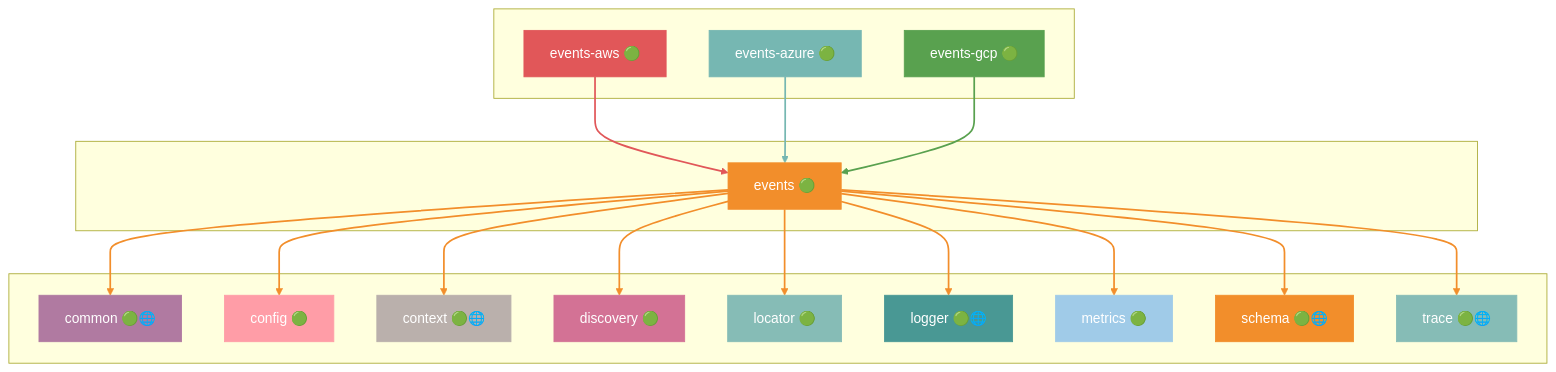
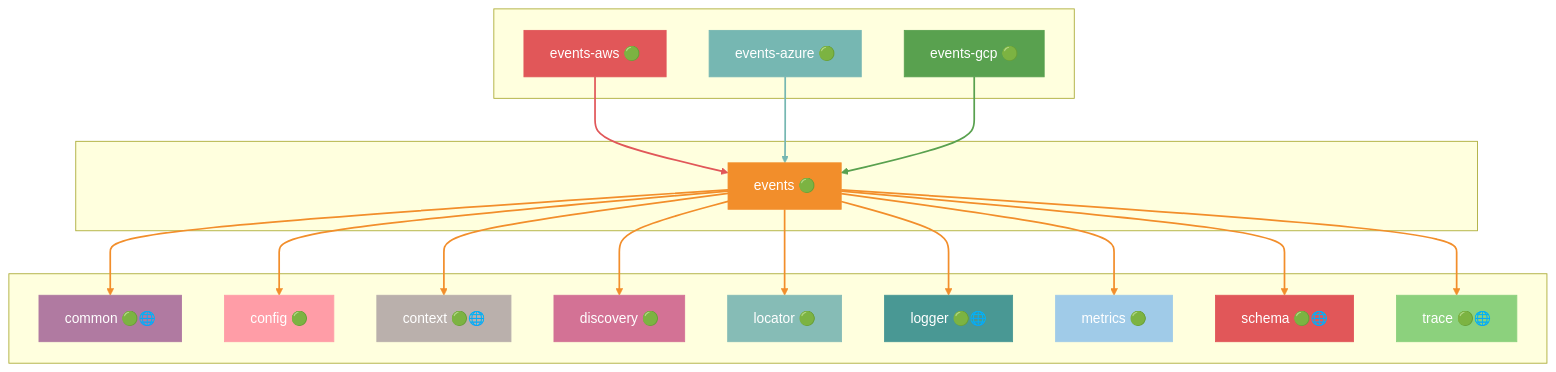
Before and after one commit to grest-ts/grest-ts: diagram 21 of 51 in docs/DEPENDENCIES.md, drawn with Mermaid. The commit also changed other lines of this file and 24 other files, not shown here.

````diff
--- a/docs/DEPENDENCIES.md
+++ b/docs/DEPENDENCIES.md
@@ -1181,59 +1183,59 @@
 ```mermaid
 flowchart TB
     subgraph Dependents[" "]
         events-aws["events-aws 🟢"]
         events-azure["events-azure 🟢"]
         events-gcp["events-gcp 🟢"]
     end
     subgraph Package[" "]
         events["events 🟢"]
     end
     subgraph Dependencies[" "]
         common["common 🟢🌐"]
         config["config 🟢"]
         context["context 🟢🌐"]
         discovery["discovery 🟢"]
         locator["locator 🟢"]
         logger["logger 🟢🌐"]
         metrics["metrics 🟢"]
         schema["schema 🟢🌐"]
         trace["trace 🟢🌐"]
     end
     events-aws --> events
     events-azure --> events
     events-gcp --> events
     events --> common
     events --> config
     events --> context
     events --> discovery
     events --> locator
     events --> logger
     events --> metrics
     events --> schema
     events --> trace
     style events fill:#F28E2B,stroke:#F28E2B,color:#fff
     style events-aws fill:#E15759,stroke:#E15759,color:#fff
     style events-azure fill:#76B7B2,stroke:#76B7B2,color:#fff
     style events-gcp fill:#59A14F,stroke:#59A14F,color:#fff
     style common fill:#B07AA1,stroke:#B07AA1,color:#fff
     style config fill:#FF9DA7,stroke:#FF9DA7,color:#fff
     style context fill:#BAB0AC,stroke:#BAB0AC,color:#fff
     style discovery fill:#D37295,stroke:#D37295,color:#fff
     style locator fill:#86BCB6,stroke:#86BCB6,color:#fff
     style logger fill:#499894,stroke:#499894,color:#fff
     style metrics fill:#A0CBE8,stroke:#A0CBE8,color:#fff
-    style schema fill:#F28E2B,stroke:#F28E2B,color:#fff
-    style trace fill:#86BCB6,stroke:#86BCB6,color:#fff
+    style schema fill:#E15759,stroke:#E15759,color:#fff
+    style trace fill:#8CD17D,stroke:#8CD17D,color:#fff
     linkStyle 0 stroke:#E15759,stroke-width:2px
     linkStyle 1 stroke:#76B7B2,stroke-width:2px
     linkStyle 2 stroke:#59A14F,stroke-width:2px
     linkStyle 3 stroke:#F28E2B,stroke-width:2px
     linkStyle 4 stroke:#F28E2B,stroke-width:2px
     linkStyle 5 stroke:#F28E2B,stroke-width:2px
     linkStyle 6 stroke:#F28E2B,stroke-width:2px
     linkStyle 7 stroke:#F28E2B,stroke-width:2px
     linkStyle 8 stroke:#F28E2B,stroke-width:2px
     linkStyle 9 stroke:#F28E2B,stroke-width:2px
     linkStyle 10 stroke:#F28E2B,stroke-width:2px
     linkStyle 11 stroke:#F28E2B,stroke-width:2px
 ```
````
